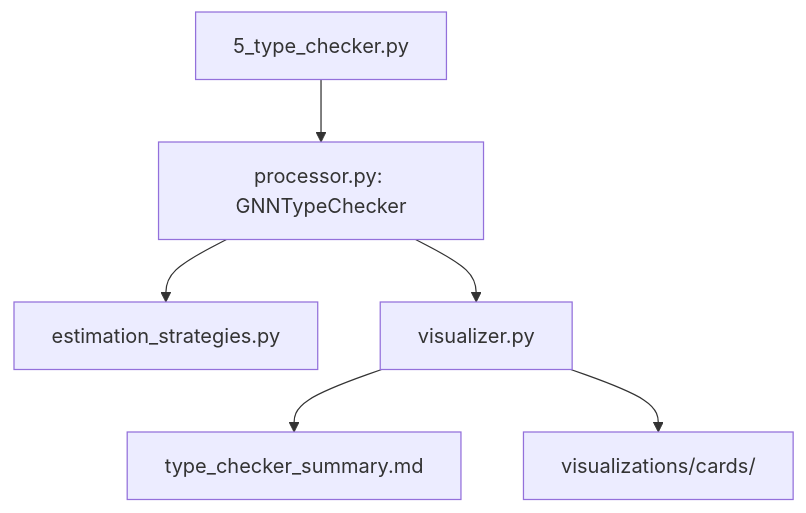
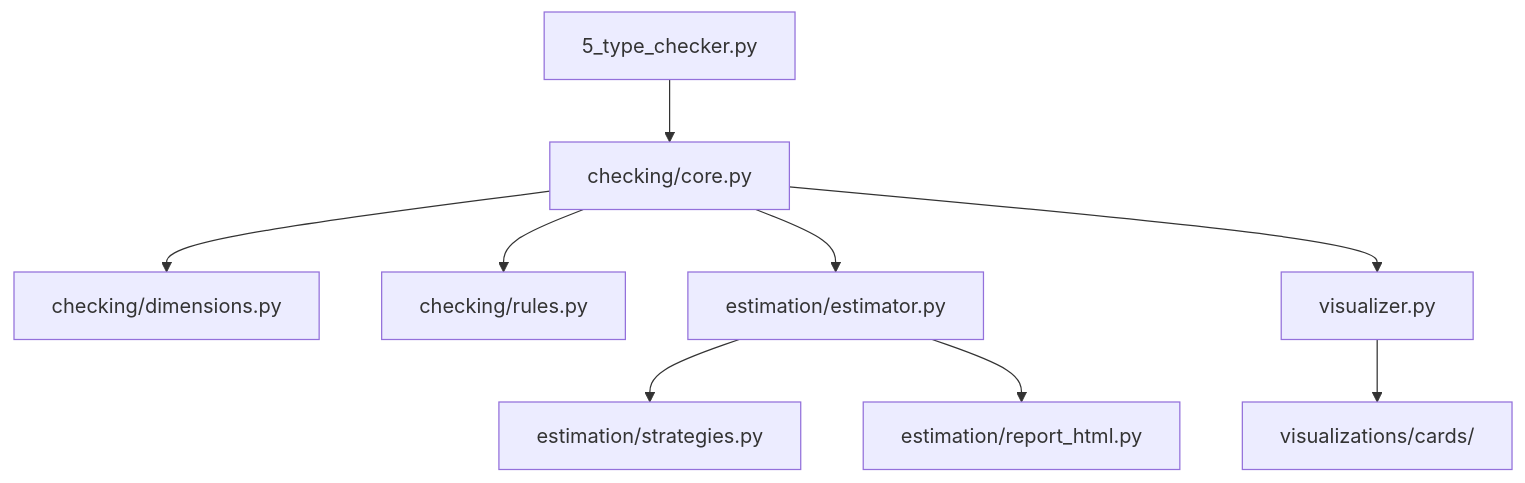
One commit to ActiveInferenceInstitute/GeneralizedNotationNotation changed the diagram in src/type_checker/README.md. Above: the diagram before and after it, drawn with Mermaid. The commit also changed other lines of this file and 2411 other files, not shown here.

````diff
--- a/src/type_checker/README.md
+++ b/src/type_checker/README.md
@@ -8,8 +8,11 @@
 ```mermaid
 graph TD
-    Pipeline[5_type_checker.py] --> Orchestrator[processor.py: GNNTypeChecker]
-    Orchestrator --> MathExt[estimation_strategies.py]
-    Orchestrator --> MatrixOutput[visualizer.py]
-    MatrixOutput --> ExecSumm[type_checker_summary.md]
+    Pipeline[5_type_checker.py] --> Core[checking/core.py]
+    Core --> Dim[checking/dimensions.py]
+    Core --> Rules[checking/rules.py]
+    Core --> EstSub[estimation/estimator.py]
+    EstSub --> EstStrat[estimation/strategies.py]
+    EstSub --> EstHtml[estimation/report_html.py]
+    Core --> MatrixOutput[visualizer.py]
     MatrixOutput --> Cards[visualizations/cards/]
 ```
````
